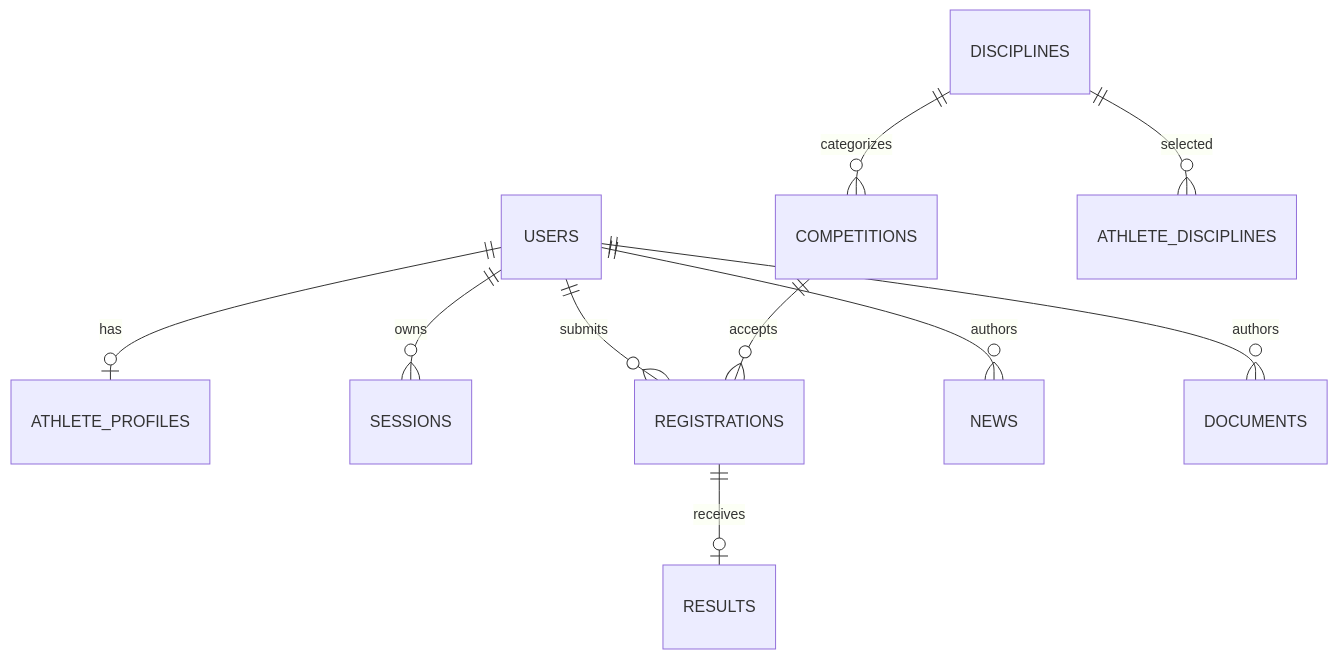
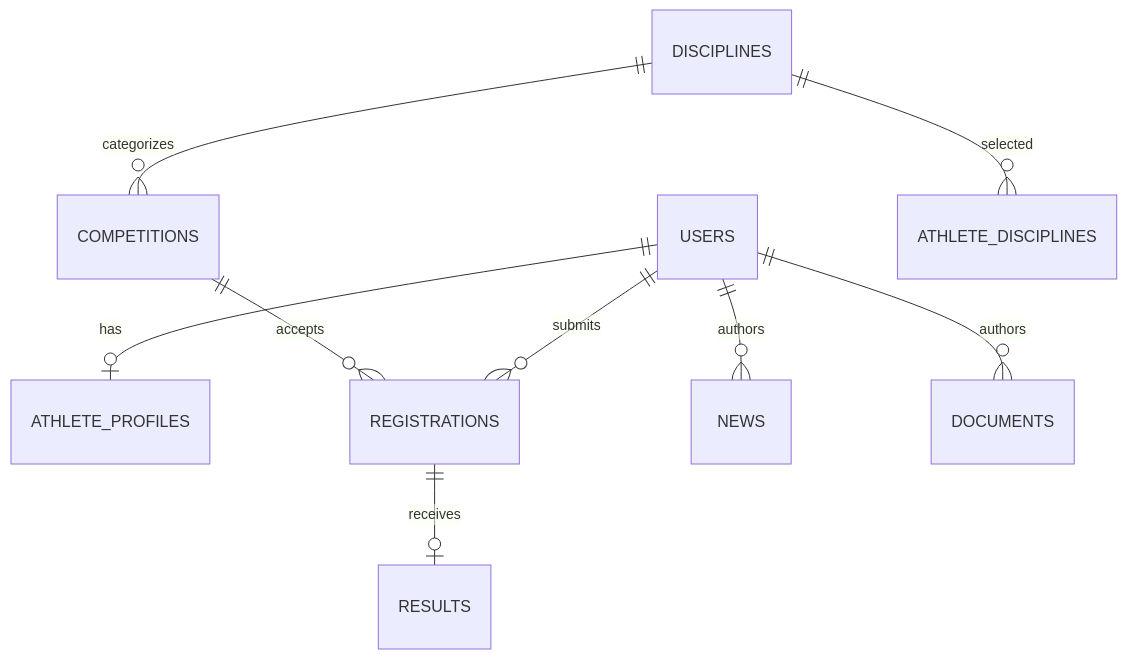
One commit to Gadjik21/technosportfest-2026 changed the third of 3 diagrams in docs/architecture.md. Above: the diagram before and after it, drawn with Mermaid. The commit also changed other lines of this file and 8 other files, not shown here.

````diff
--- a/docs/architecture.md
+++ b/docs/architecture.md
@@ -74,12 +74,11 @@
 ```mermaid
 erDiagram
     USERS ||--o| ATHLETE_PROFILES : has
-    USERS ||--o{ SESSIONS : owns
     USERS ||--o{ REGISTRATIONS : submits
     DISCIPLINES ||--o{ COMPETITIONS : categorizes
     DISCIPLINES ||--o{ ATHLETE_DISCIPLINES : selected
     COMPETITIONS ||--o{ REGISTRATIONS : accepts
     REGISTRATIONS ||--o| RESULTS : receives
     USERS ||--o{ NEWS : authors
     USERS ||--o{ DOCUMENTS : authors
 ```
````
